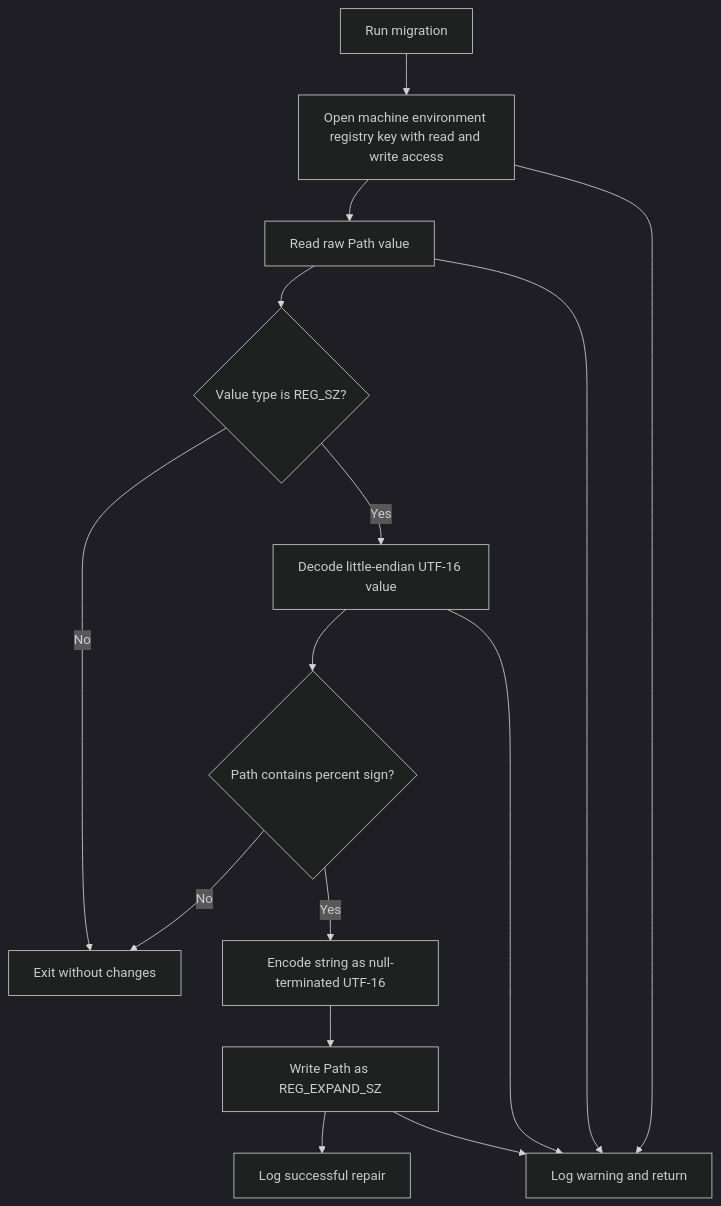
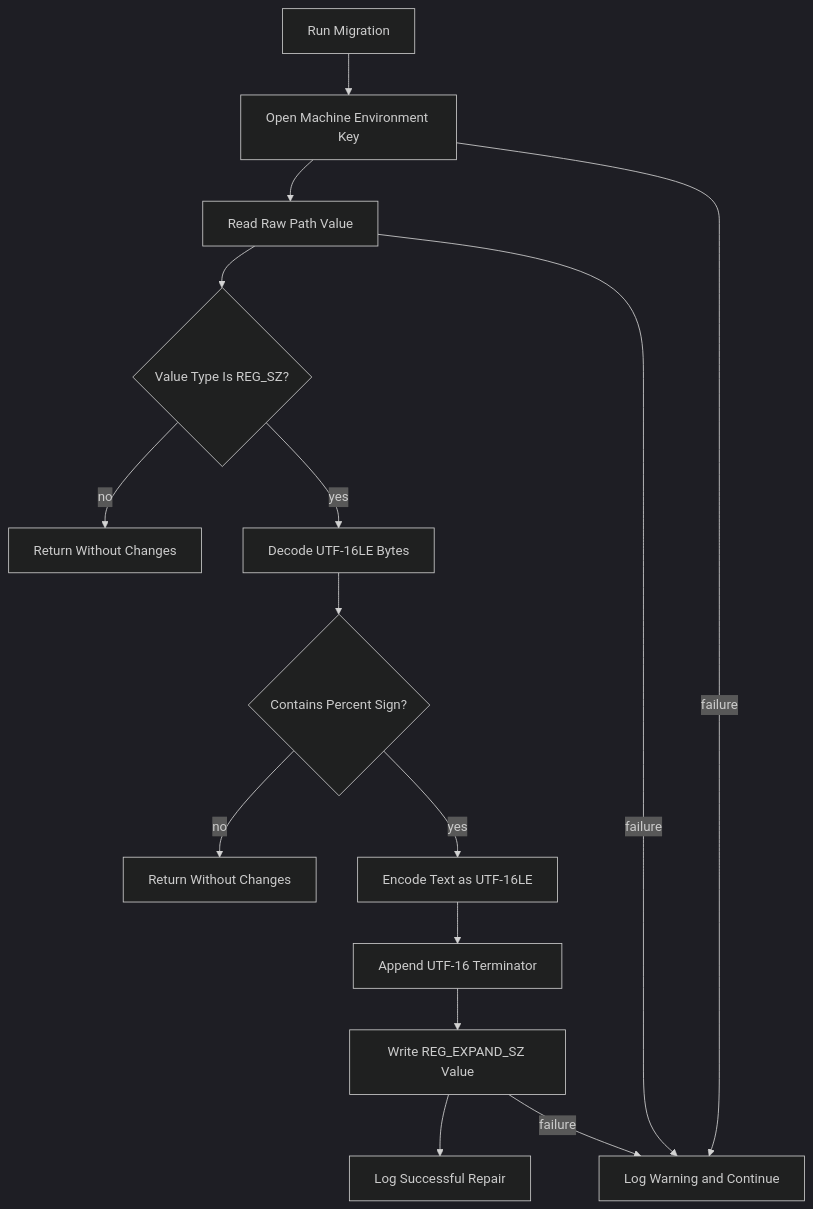
Before and after one commit to flamingo-stack/openframe-oss-tenant: the third of 4 diagrams in docs/reference/architecture/openframe-client-core/platform-windows-path-migration/platform-windows-path-migration.md, drawn with Mermaid (dark theme). The commit also changed other lines of this file and 2377 other files, not shown here.

````diff
--- a/docs/reference/architecture/openframe-client-core/platform-windows-path-migration/platform-windows-path-migration.md
+++ b/docs/reference/architecture/openframe-client-core/platform-windows-path-migration/platform-windows-path-migration.md
@@ -44,17 +63,17 @@
 ```mermaid
 flowchart TD
-    Start["Run migration"] --> OpenKey["Open machine environment registry key with read and write access"]
-    OpenKey --> ReadPath["Read raw Path value"]
-    ReadPath --> TypeCheck{"Value type is REG_SZ?"}
-    TypeCheck -->|"No"| NoChange["Exit without changes"]
-    TypeCheck -->|"Yes"| Decode["Decode little-endian UTF-16 value"]
-    Decode --> VariableCheck{"Path contains percent sign?"}
-    VariableCheck -->|"No"| NoChange
-    VariableCheck -->|"Yes"| Encode["Encode string as null-terminated UTF-16"]
-    Encode --> Write["Write Path as REG_EXPAND_SZ"]
-    Write --> Success["Log successful repair"]
-    OpenKey --> Error["Log warning and return"]
-    ReadPath --> Error
-    Decode --> Error
-    Write --> Error
+    Start["Run Migration"] --> OpenKey["Open Machine Environment Key"]
+    OpenKey --> ReadPath["Read Raw Path Value"]
+    ReadPath --> TypeCheck{"Value Type Is REG_SZ?"}
+    TypeCheck -->|"no"| NoChangeType["Return Without Changes"]
+    TypeCheck -->|"yes"| Decode["Decode UTF-16LE Bytes"]
+    Decode --> VariableCheck{"Contains Percent Sign?"}
+    VariableCheck -->|"no"| NoChangeText["Return Without Changes"]
+    VariableCheck -->|"yes"| Encode["Encode Text as UTF-16LE"]
+    Encode --> Terminator["Append UTF-16 Terminator"]
+    Terminator --> Write["Write REG_EXPAND_SZ Value"]
+    Write --> Success["Log Successful Repair"]
+    OpenKey -->|"failure"| Warning["Log Warning and Continue"]
+    ReadPath -->|"failure"| Warning
+    Write -->|"failure"| Warning
 ```
````
